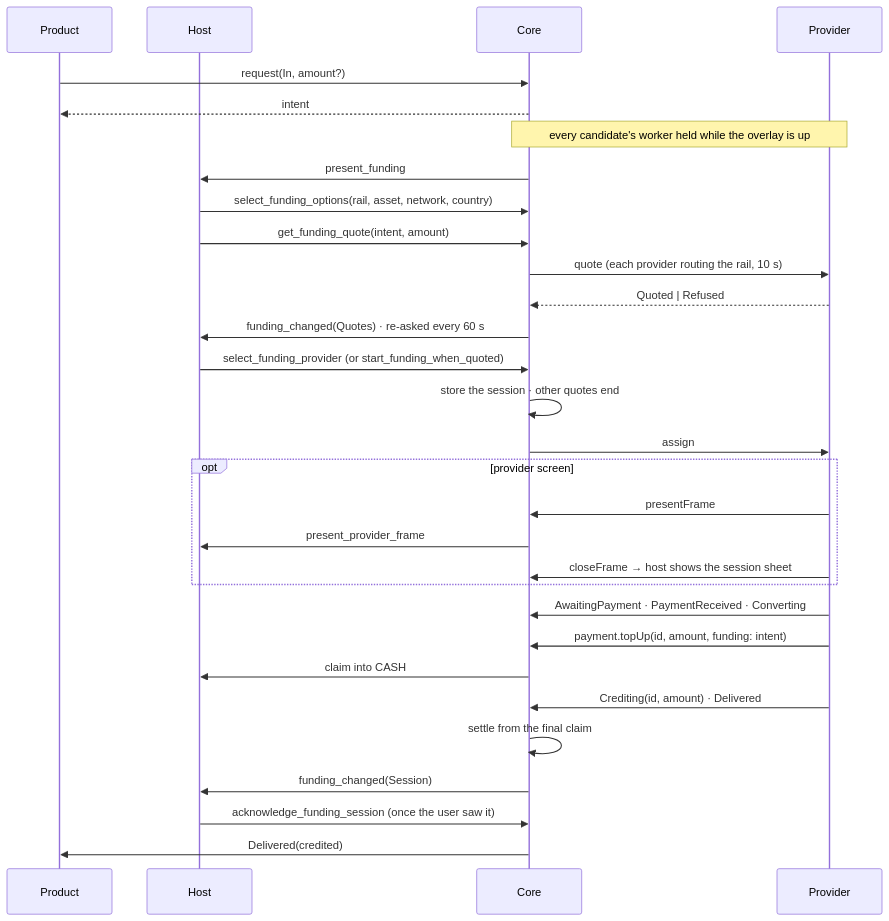
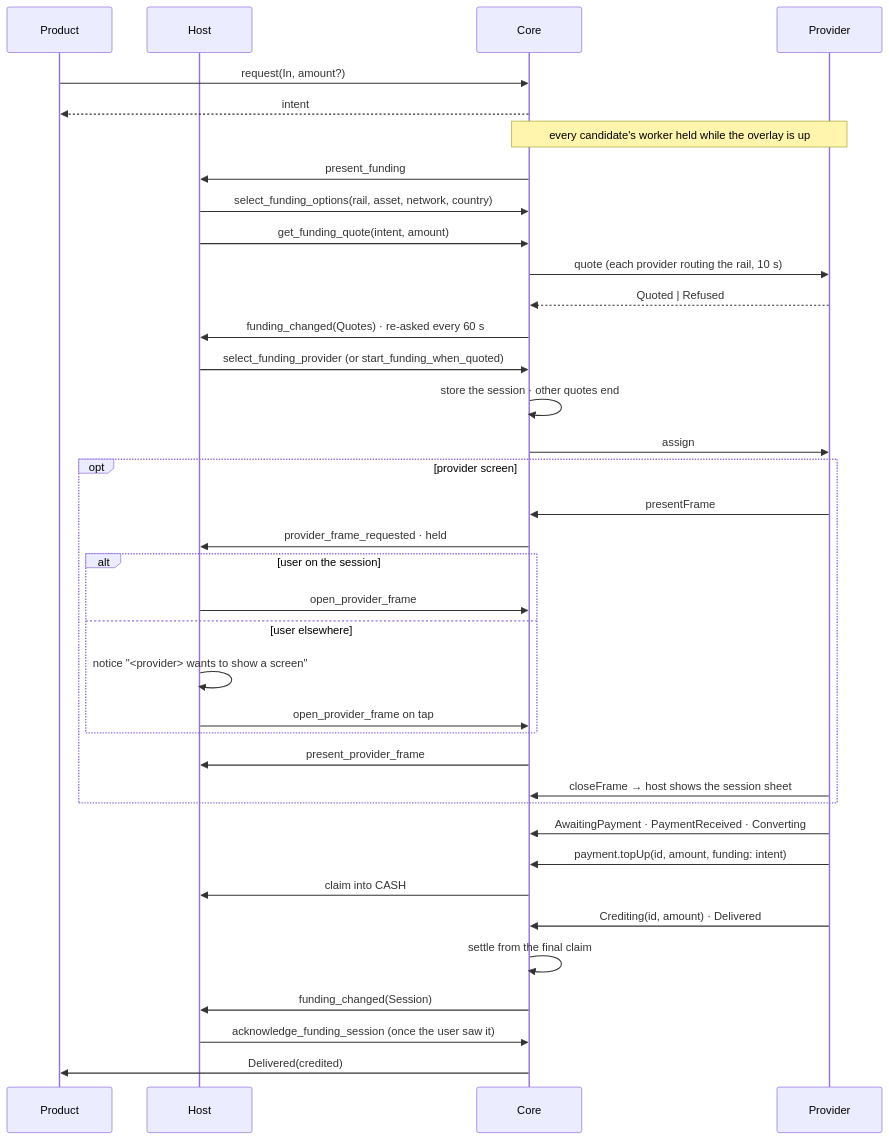
One commit to paritytech/trinity-user-agents changed the fourth of 10 diagrams in docs/design/funding-modality.md. Above: the diagram before and after it, drawn with Mermaid. The commit also changed other lines of this file and 2 other files, not shown here.

Commit message:
docs(funding): a provider screen opens only while the user is on the session, otherwise behind a notice

````diff
--- a/docs/design/funding-modality.md
+++ b/docs/design/funding-modality.md
@@ -107,32 +107,39 @@
 ```mermaid
 sequenceDiagram
   participant P as Product
   participant H as Host
   participant C as Core
   participant W as Provider
   P->>C: request(In, amount?)
   C-->>P: intent
   Note over C,W: every candidate's worker held while the overlay is up
   C->>H: present_funding
   H->>C: select_funding_options(rail, asset, network, country)
   H->>C: get_funding_quote(intent, amount)
   C->>W: quote (each provider routing the rail, 10 s)
   W-->>C: Quoted | Refused
   C->>H: funding_changed(Quotes) · re-asked every 60 s
   H->>C: select_funding_provider (or start_funding_when_quoted)
   C->>C: store the session · other quotes end
   C->>W: assign
   opt provider screen
     W->>C: presentFrame
+    C->>H: provider_frame_requested · held
+    alt user on the session
+      H->>C: open_provider_frame
+    else user elsewhere
+      H->>H: notice "<provider> wants to show a screen"
+      H->>C: open_provider_frame on tap
+    end
     C->>H: present_provider_frame
     W->>C: closeFrame → host shows the session sheet
   end
   W->>C: AwaitingPayment · PaymentReceived · Converting
   W->>C: payment.topUp(id, amount, funding: intent)
   C->>H: claim into CASH
   W->>C: Crediting(id, amount) · Delivered
   C->>C: settle from the final claim
   C->>H: funding_changed(Session)
   H->>C: acknowledge_funding_session (once the user saw it)
   C->>P: Delivered(credited)
 ```
````
